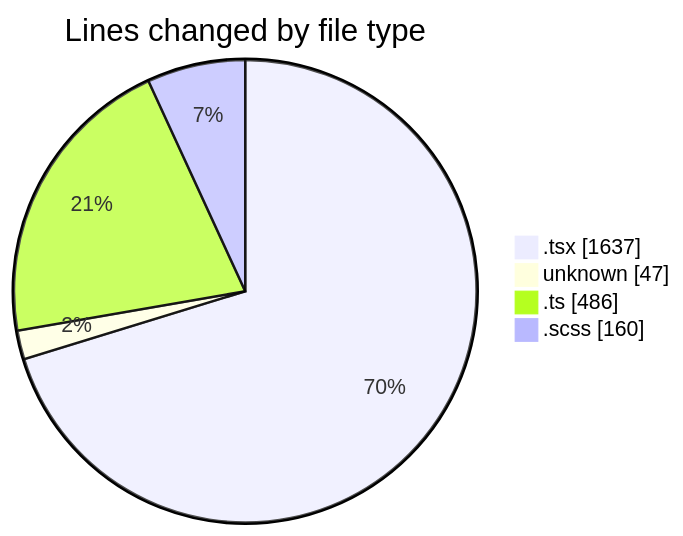
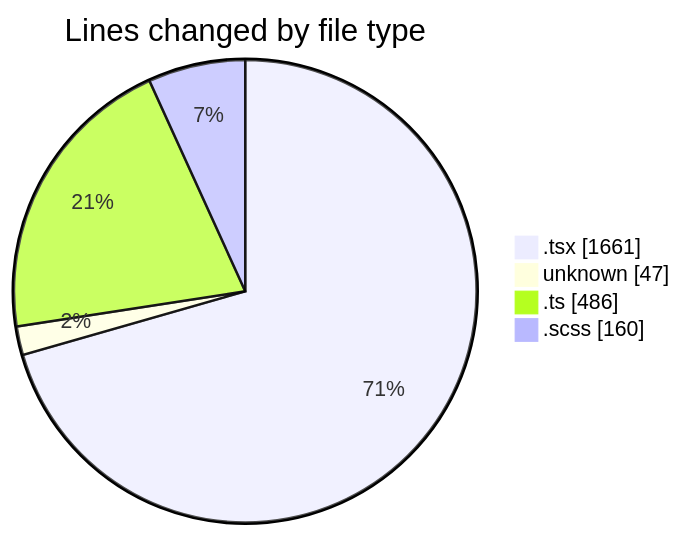
The first of 2 diagrams in 2025-09-18/cda/README.md (momahboobian/code-tracking), drawn with Mermaid before and after one commit. The commit also changed other lines of this file and 1 other file, not shown here.

````diff
--- a/2025-09-18/cda/README.md
+++ b/2025-09-18/cda/README.md
@@ -25,8 +25,8 @@
 ```mermaid
 pie showData
 title Lines changed by file type
-".tsx" : 1637
+".tsx" : 1661
 "unknown" : 47
 ".ts" : 486
 ".scss" : 160
 ```
````
